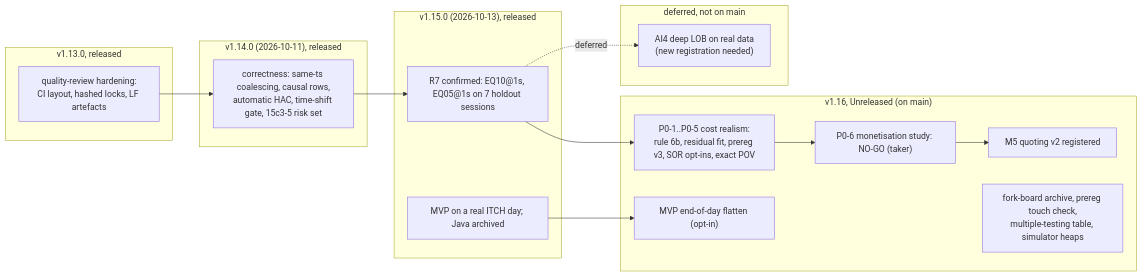
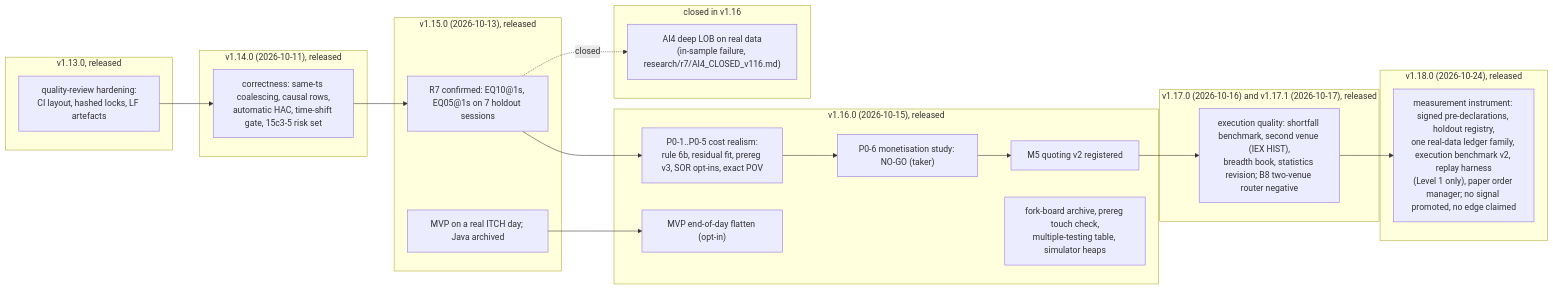
One commit to AshJha0/intraday-alpha-platform changed the diagram in docs/diagrams/release_roadmap_v113_v116.mmd. Above: the diagram before and after it, drawn with Mermaid. The commit also changed 37 other files, not shown here.

First line of the commit message:
REL-14c: documentation truth pass against v1.18.0 (README, site, LEARN, COOKBOOK, roadmap, architecture, data docs, API docs)

```diff
--- a/docs/diagrams/release_roadmap_v113_v116.mmd
+++ b/docs/diagrams/release_roadmap_v113_v116.mmd
@@ -1,25 +1,31 @@
 flowchart LR
-    %% Release roadmap v1.13 to v1.16. Source: CHANGELOG.md (v1.13.0 to v1.15.0, Unreleased). Sibling of release_roadmap_v19_v111.mmd.
+    %% Release roadmap v1.13 to v1.16. Source: CHANGELOG.md (v1.13.0 to v1.18.0). Sibling of release_roadmap_v19_v111.mmd.
     subgraph V113["v1.13.0, released"]
         H["quality-review hardening:<br/>CI layout, hashed locks, LF artefacts"]
     end
     subgraph V114["v1.14.0 (2026-10-11), released"]
         C["correctness: same-ts coalescing, causal rows,<br/>automatic HAC, time-shift gate, 15c3-5 risk set"]
     end
     subgraph V115["v1.15.0 (2026-10-13), released"]
         R7["R7 confirmed: EQ10@1s, EQ05@1s on 7 holdout sessions"]
         MR["MVP on a real ITCH day; Java archived"]
     end
-    subgraph V116["v1.16, Unreleased (on main)"]
+    subgraph V116["v1.16.0 (2026-10-15), released"]
         P0["P0-1..P0-5 cost realism:<br/>rule 6b, residual fit, prereg v3, SOR opt-ins, exact POV"]
         P6["P0-6 monetisation study: NO-GO (taker)"]
         QV2["M5 quoting v2 registered"]
         EOD["MVP end-of-day flatten (opt-in)"]
         GV["fork-board archive, prereg touch check,<br/>multiple-testing table, simulator heaps"]
     end
-    subgraph DEF["deferred, not on main"]
-        AI4["AI4 deep LOB on real data<br/>(new registration needed)"]
+    subgraph V117["v1.17.0 (2026-10-16) and v1.17.1 (2026-10-17), released"]
+        XQ["execution quality: shortfall benchmark, second venue (IEX HIST),<br/>breadth book, statistics revision; B8 two-venue router negative"]
     end
-    H --> C --> R7 --> P0 --> P6 --> QV2
+    subgraph V118["v1.18.0 (2026-10-24), released"]
+        INS["measurement instrument: signed pre-declarations, holdout registry,<br/>one real-data ledger family, execution benchmark v2, replay harness<br/>(Level 1 only), paper order manager; no signal promoted, no edge claimed"]
+    end
+    subgraph DEF["closed in v1.16"]
+        AI4["AI4 deep LOB on real data<br/>(in-sample failure, research/r7/AI4_CLOSED_v116.md)"]
+    end
+    H --> C --> R7 --> P0 --> P6 --> QV2 --> XQ --> INS
     MR --> EOD
-    R7 -. "deferred" .-> AI4
+    R7 -. "closed" .-> AI4
```
